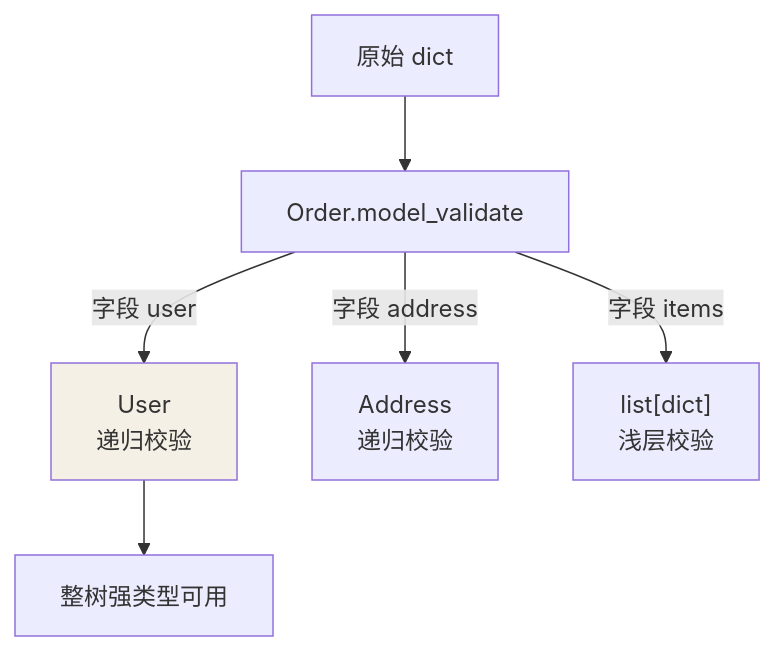
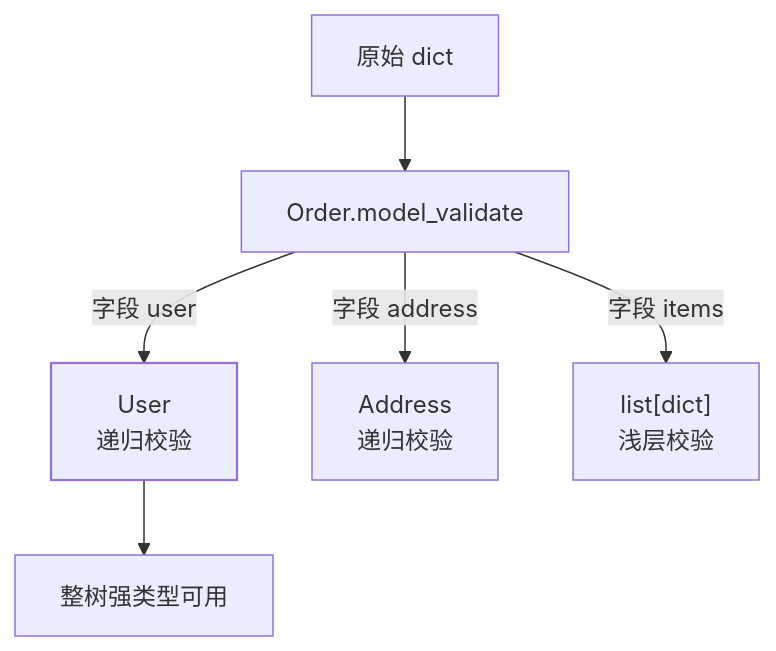
The second of 2 diagrams in src/content/docs/python/intermediate/libs/02-pydantic.md (Loadhao/ascension), drawn with Mermaid before and after one commit. The commit also changed other lines of this file and 87 other files, not shown here.

First line of the commit message:
fix: 全站图表配色改由主题接管，修复暗色主题下浅底浅字看不清

````diff
--- a/src/content/docs/python/intermediate/libs/02-pydantic.md
+++ b/src/content/docs/python/intermediate/libs/02-pydantic.md
@@ -76,9 +77,10 @@
 ```mermaid
 flowchart TD
     REQ["原始 dict"] --> O["Order.model_validate"]
     O -->|"字段 user"| U["User<br/>递归校验"]
     O -->|"字段 address"| A["Address<br/>递归校验"]
     O -->|"字段 items"| I["list[dict]<br/>浅层校验"]
     U --> DONE["整树强类型可用"]
-    style U fill:#f5f0e6
+    class U hl
+    classDef hl stroke-width:1.5px
 ```
````
